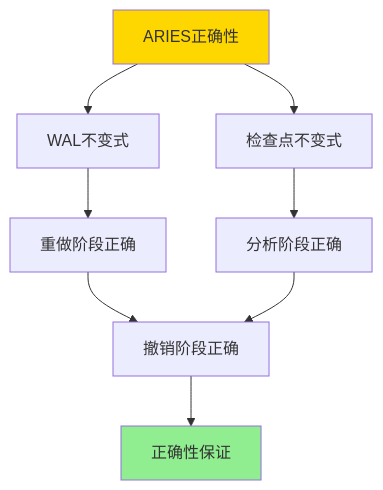
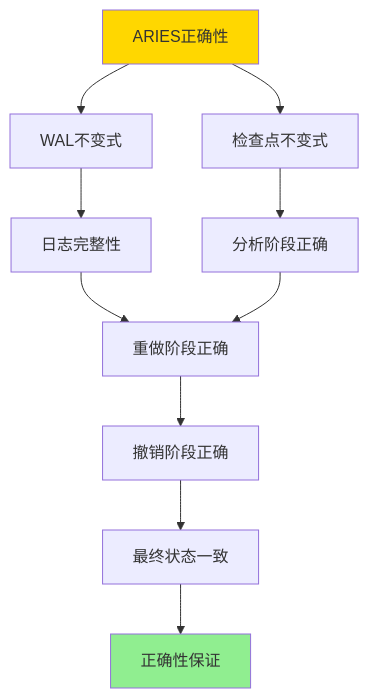
The third of 4 diagrams in PostgreSQL/10-理论基础/06-存储与恢复/06.03-ARIES日志恢复-正确性与不变式.md (AdaMartin18010/PostgreSQL_modern), drawn with Mermaid before and after one commit. The commit also changed other lines of this file and 16 other files, not shown here.

````diff
--- a/PostgreSQL/10-理论基础/06-存储与恢复/06.03-ARIES日志恢复-正确性与不变式.md
+++ b/PostgreSQL/10-理论基础/06-存储与恢复/06.03-ARIES日志恢复-正确性与不变式.md
@@ -237,13 +312,15 @@
 ```mermaid
 graph TD
     A[ARIES正确性] --> B[WAL不变式]
     A --> C[检查点不变式]
-    B --> D[重做阶段正确]
+    B --> D[日志完整性]
     C --> E[分析阶段正确]
-    D --> F[撤销阶段正确]
+    D --> F[重做阶段正确]
     E --> F
-    F --> G[正确性保证]
+    F --> G[撤销阶段正确]
+    G --> H[最终状态一致]
+    H --> I[正确性保证]
 
     style A fill:#FFD700
-    style G fill:#90EE90
+    style I fill:#90EE90
 ```
````
